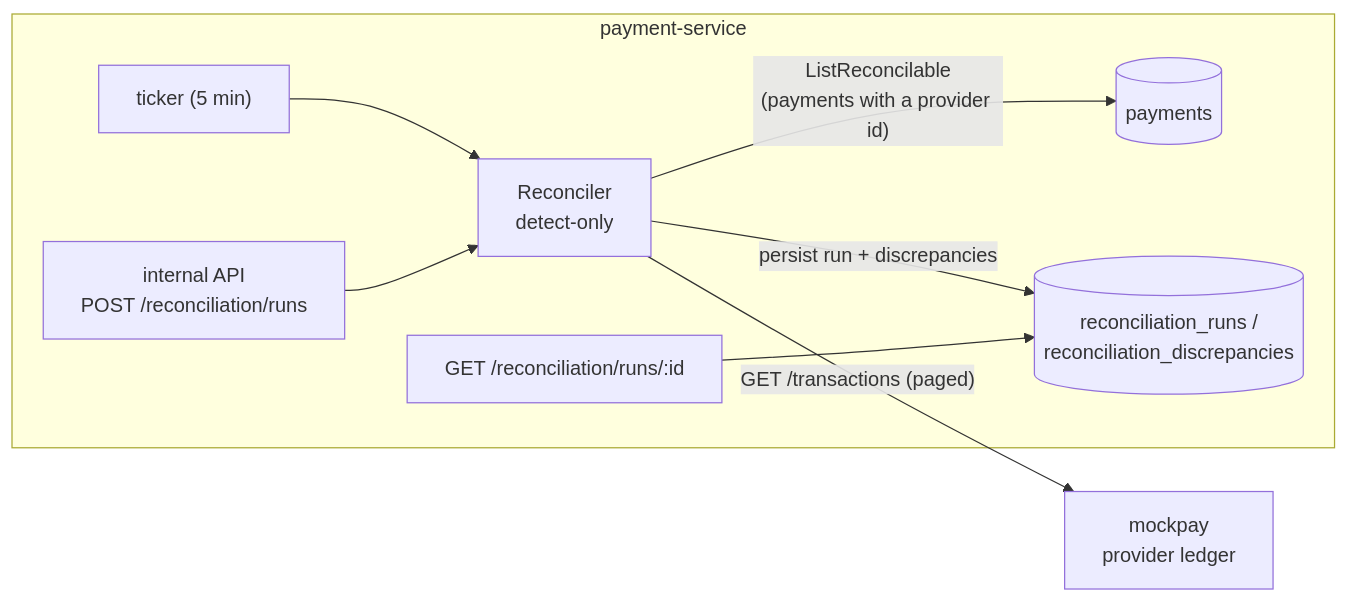
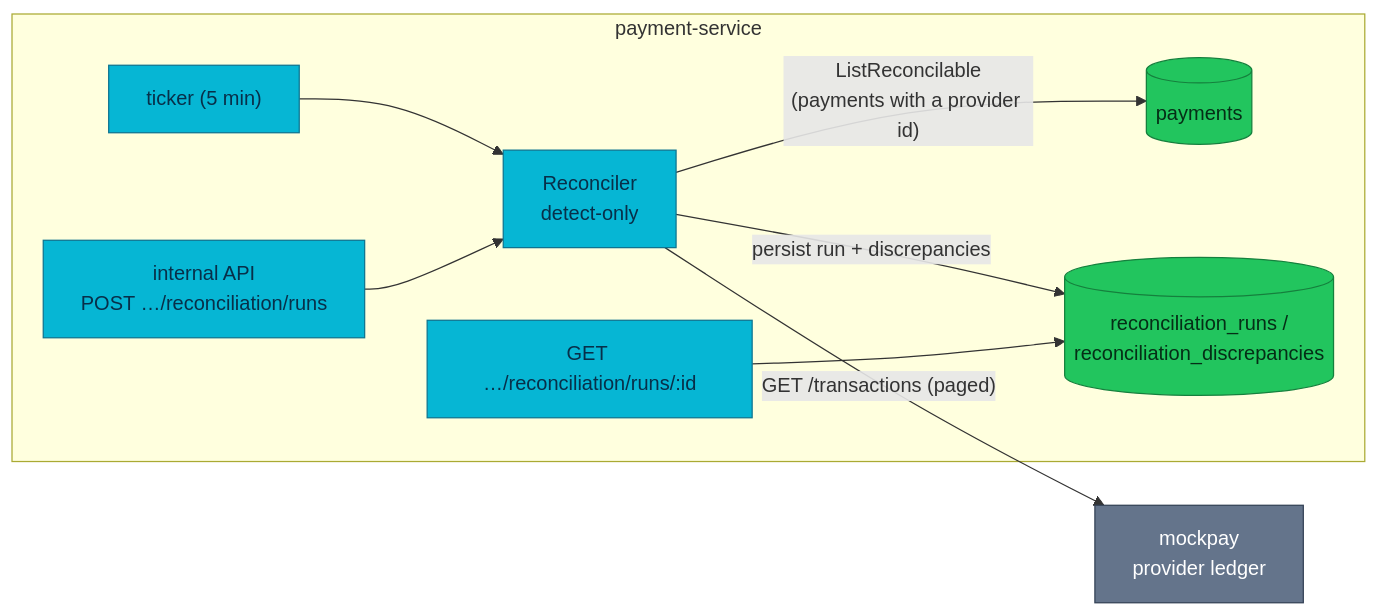
One commit to duynhlab/homelab changed the third of 3 diagrams in docs/api/payments.md. Above: the diagram before and after it, drawn with Mermaid. The commit also changed other lines of this file and 20 other files, not shown here.

````diff
--- a/docs/api/payments.md
+++ b/docs/api/payments.md
@@ -165,11 +201,16 @@
 ```mermaid
 flowchart LR
     subgraph payment-service
         TICK["ticker (5 min)"] --> R["Reconciler<br/>detect-only"]
-        API["internal API<br/>POST /reconciliation/runs"] --> R
+        API["internal API<br/>POST …/reconciliation/runs"] --> R
         R -->|"ListReconcilable<br/>(payments with a provider id)"| DB[(payments)]
         R -->|"persist run + discrepancies"| RDB[(reconciliation_runs /<br/>reconciliation_discrepancies)]
-        API2["GET /reconciliation/runs/:id"] --> RDB
+        API2["GET …/reconciliation/runs/:id"] --> RDB
     end
     R -->|"GET /transactions (paged)"| MP["mockpay<br/>provider ledger"]
+
+    classDef service fill:#06b6d4,color:#082f49,stroke:#0e7490;
+    classDef data fill:#22c55e,color:#052e16,stroke:#15803d;
+    classDef external fill:#64748b,color:#fff,stroke:#334155;
+    class TICK,R,API,API2 service; class DB,RDB data; class MP external;
 ```
````
